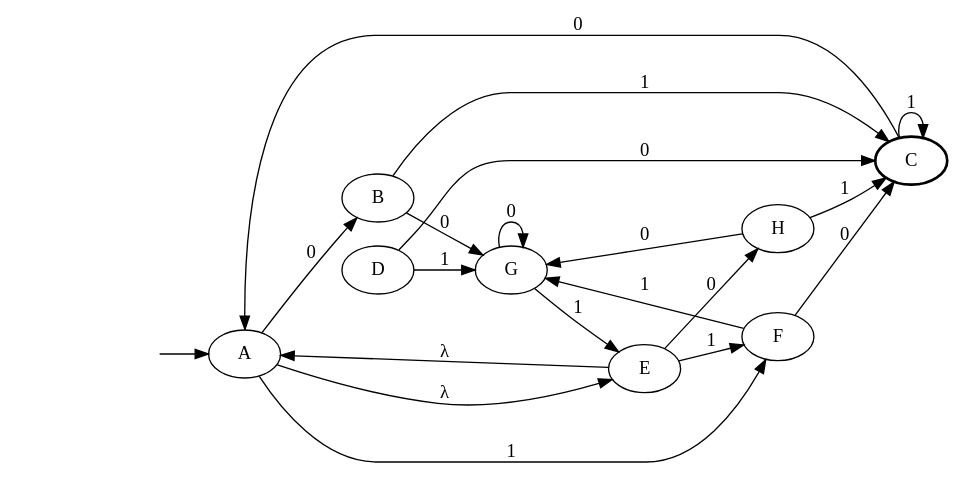
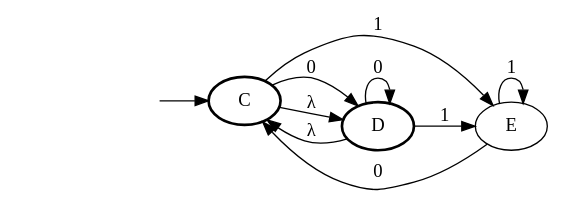
Before and after one commit to NPerez1/AUTLEN: the diagram in practica2/af1.dot, drawn with Graphviz. The commit also changed 7 other files, not shown here.

```diff
--- a/practica2/af1.dot
+++ b/practica2/af1.dot
@@ -1,30 +1,15 @@
 digraph af1  { rankdir=LR;
 	_invisible [style="invis"];
-	A;
-	B;
 	C [penwidth="2"];
-	D;
 	E;
-	F;
-	G;
-	H;
-	_invisible -> A ;
-	A -> B [label="0"];
-	A -> F [label="1"];
-	B -> G [label="0"];
-	B -> C [label="1"];
-	C -> A [label="0"];
-	C -> C [label="1"];
-	D -> C [label="0"];
-	D -> G [label="1"];
-	E -> H [label="0"];
-	E -> F [label="1"];
-	F -> C [label="0"];
-	F -> G [label="1"];
-	G -> G [label="0"];
-	G -> E [label="1"];
-	H -> G [label="0"];
-	H -> C [label="1"];
-	A -> E [label="&lambda;"];
-	E -> A [label="&lambda;"];
+	D [penwidth="2"];
+	_invisible -> C ;
+	C -> D [label="0"];
+	C -> E [label="1"];
+	E -> C [label="0"];
+	E -> E [label="1"];
+	D -> D [label="0"];
+	D -> E [label="1"];
+	C -> D [label="&lambda;"];
+	D -> C [label="&lambda;"];
 }
```
